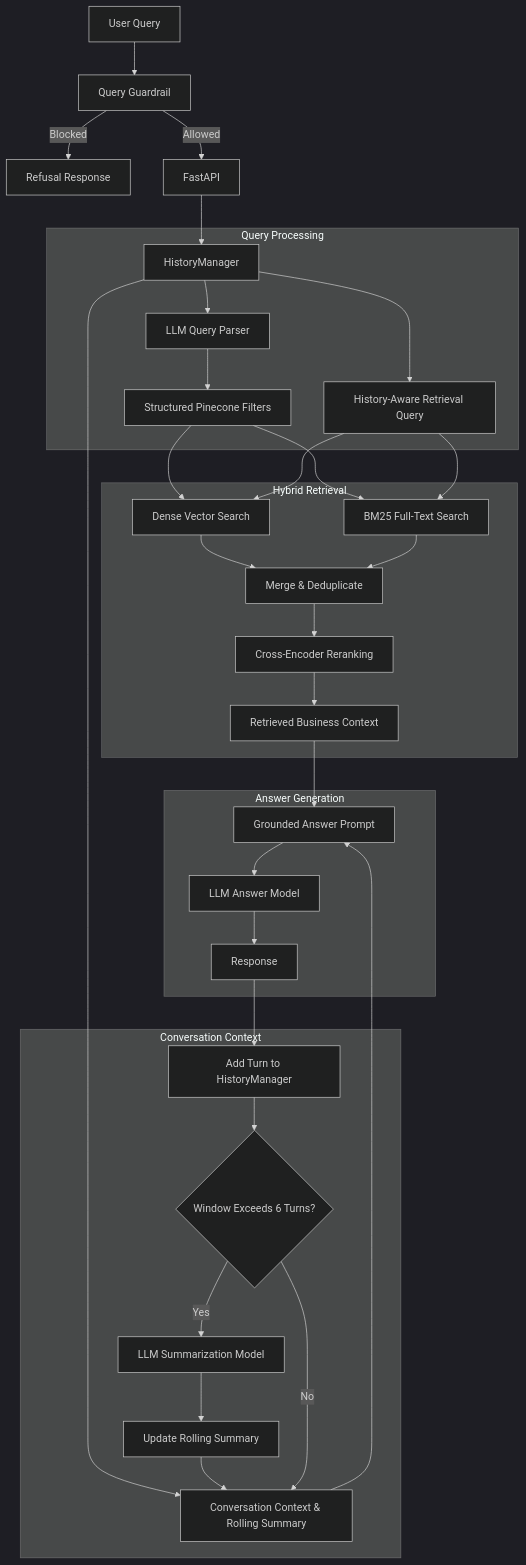
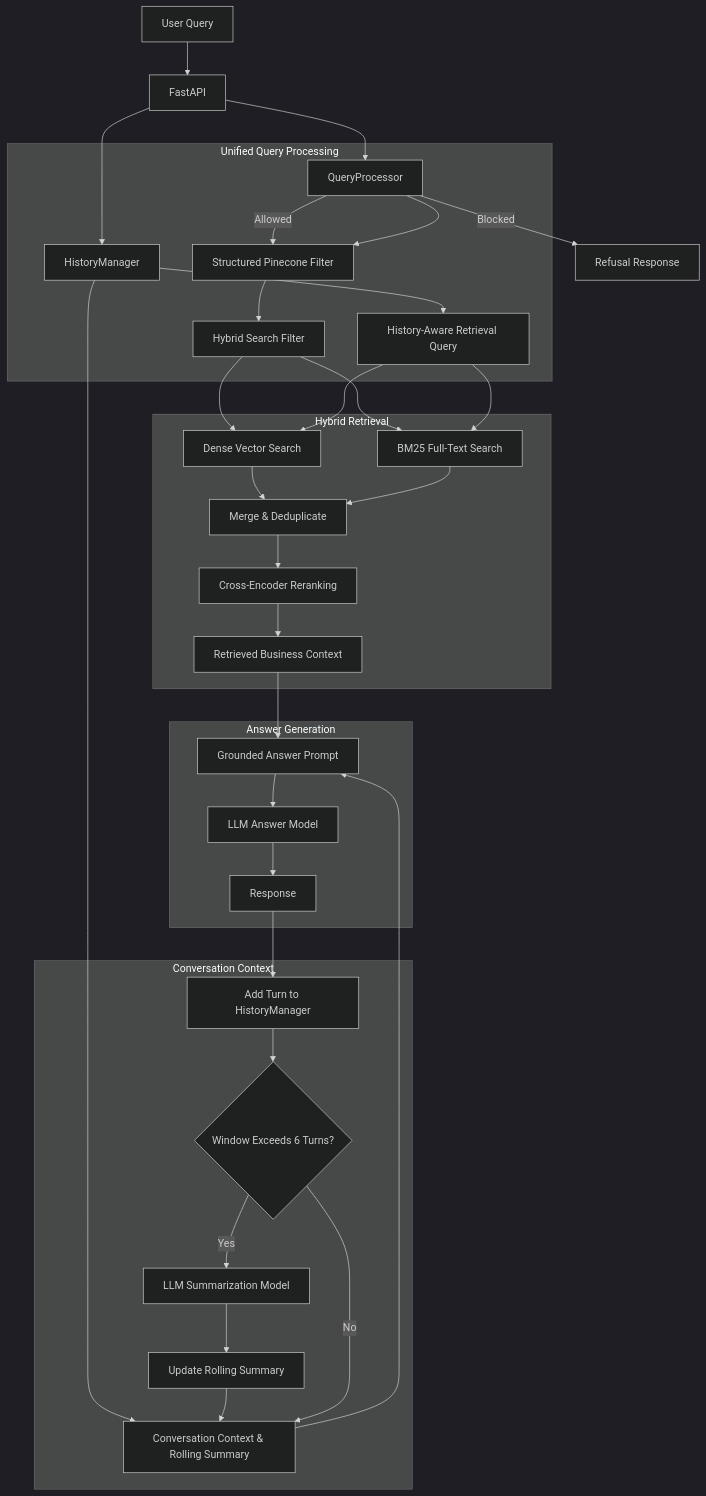
Before and after one commit to sufyanAshraf/RAG_: the diagram in README.md, drawn with Mermaid (dark theme). The commit also changed other lines of this file, not shown here.

Commit message:
Refactor query processing to unify guardrails and structured filter extraction using QueryProcessor

````diff
--- a/README.md
+++ b/README.md
@@ -85,47 +85,49 @@
 ```mermaid
 flowchart TD
 
-    A[User Query] --> QG[Query Guardrail]
-    QG -- Blocked --> BR[Refusal Response]
-    QG -- Allowed --> B[FastAPI]
+    A[User Query] --> B[FastAPI]
     B --> C[HistoryManager]
+    B --> QP[QueryProcessor]
 
-    subgraph QUERY["Query Processing"]
-        C --> D[LLM Query Parser]
-        D --> E[Structured Pinecone Filters]
+    QP -- Blocked --> BR[Refusal Response]
+    QP -- Allowed --> D[Structured Pinecone Filter]
+
+    subgraph QUERY["Unified Query Processing"]
         C --> F[History-Aware Retrieval Query]
+        QP --> D
+        D --> E[Hybrid Search Filter]
     end
 
     subgraph RETRIEVAL["Hybrid Retrieval"]
         E --> G[Dense Vector Search]
         E --> H[BM25 Full-Text Search]
         F --> G
         F --> H
         G --> I[Merge & Deduplicate]
         H --> I
         I --> J[Cross-Encoder Reranking]
         J --> K[Retrieved Business Context]
     end
 
     K --> L[Grounded Answer Prompt]
     O --> L
 
     subgraph GENERATION["Answer Generation"]
         L --> M[LLM Answer Model]
         M --> N[Response]
     end
 
     subgraph CONTEXT["Conversation Context"]
         C --> O[Conversation Context & Rolling Summary]
 
         N --> P[Add Turn to HistoryManager]
 
         P --> Q{Window Exceeds 6 Turns?}
 
         Q -- Yes --> R[LLM Summarization Model]
         R --> S[Update Rolling Summary]
         S --> O
     end
 
     Q -- No --> O
 ```
````
